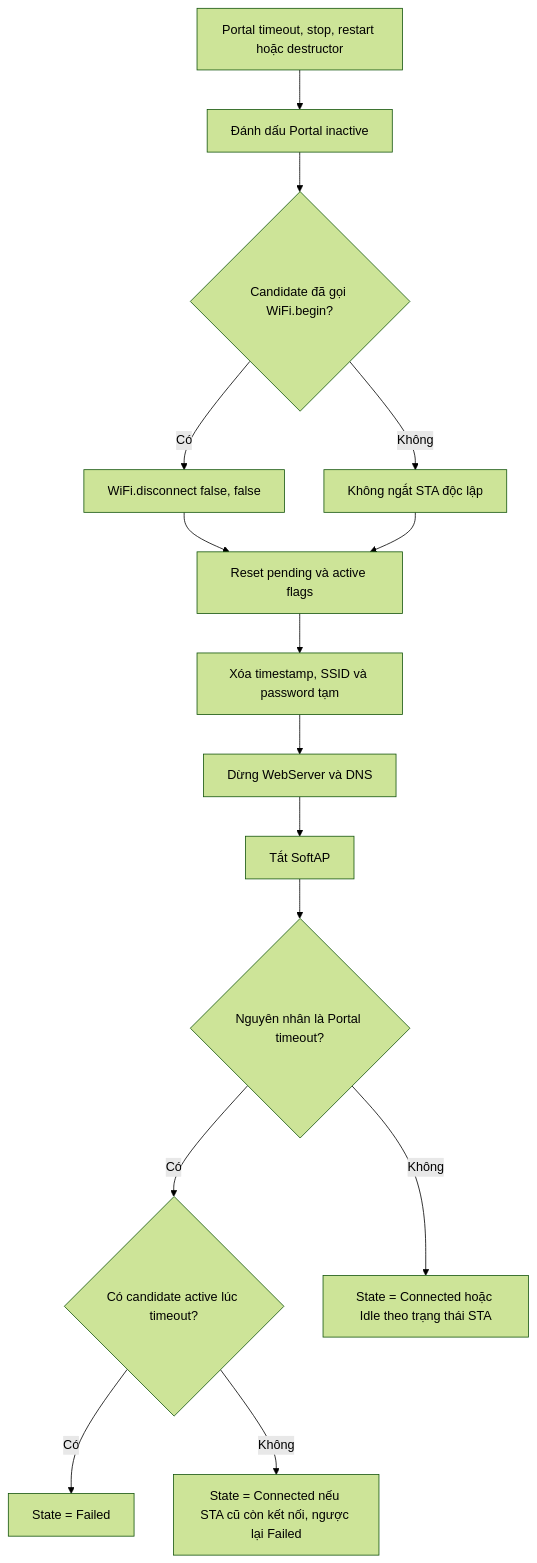
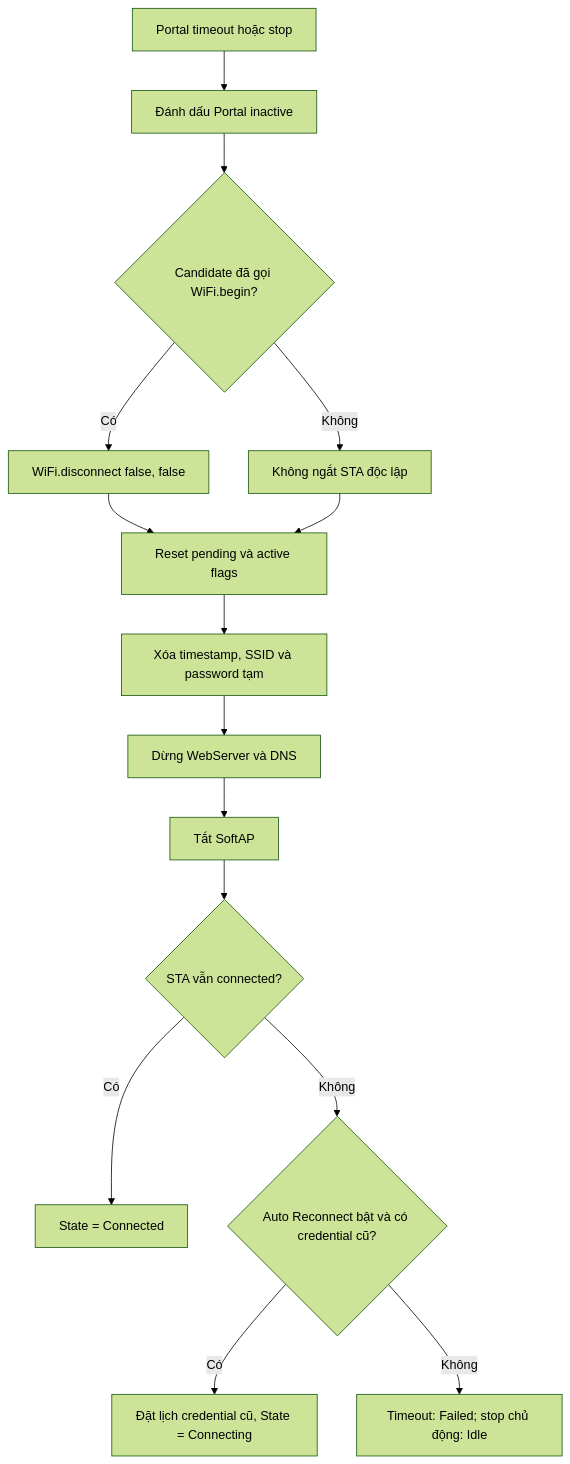
Before and after one commit to NguyenHien-8/ESP32WiFiPortal: the sixth of 7 diagrams in docs/FlowChart.md, drawn with Mermaid (forest theme). The commit also changed other lines of this file and 4 other files, not shown here.

````diff
--- a/docs/FlowChart.md
+++ b/docs/FlowChart.md
@@ -137,17 +142,17 @@
 ```mermaid
 flowchart TD
-    A[Portal timeout, stop, restart hoặc destructor] --> B[Đánh dấu Portal inactive]
+    A[Portal timeout hoặc stop] --> B[Đánh dấu Portal inactive]
     B --> C{Candidate đã gọi WiFi.begin?}
     C -- Có --> D[WiFi.disconnect false, false]
     C -- Không --> E[Không ngắt STA độc lập]
     D --> F[Reset pending và active flags]
     E --> F
     F --> G[Xóa timestamp, SSID và password tạm]
     G --> H[Dừng WebServer và DNS]
     H --> I[Tắt SoftAP]
-    I --> J{Nguyên nhân là Portal timeout?}
-    J -- Có --> K{Có candidate active lúc timeout?}
-    K -- Có --> M[State = Failed]
-    K -- Không --> L[State = Connected nếu STA cũ còn kết nối, ngược lại Failed]
-    J -- Không --> N[State = Connected hoặc Idle theo trạng thái STA]
+    I --> J{STA vẫn connected?}
+    J -- Có --> K[State = Connected]
+    J -- Không --> L{Auto Reconnect bật và có credential cũ?}
+    L -- Có --> M[Đặt lịch credential cũ, State = Connecting]
+    L -- Không --> N[Timeout: Failed; stop chủ động: Idle]
 ```
````
